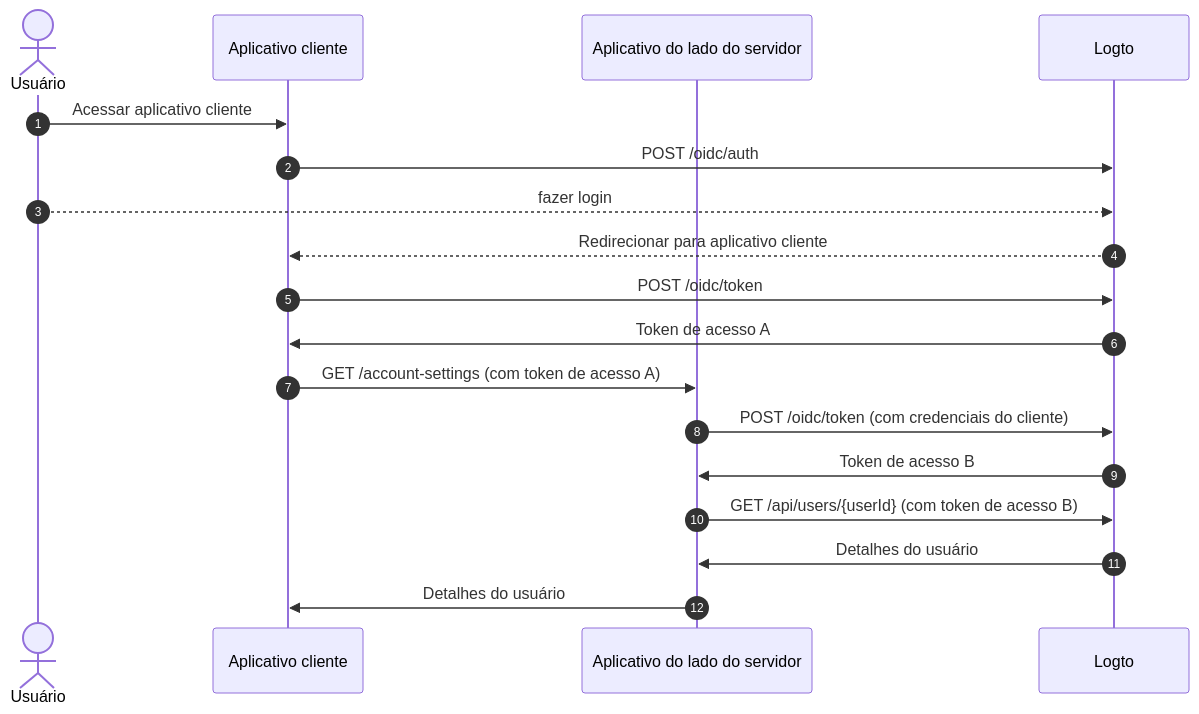
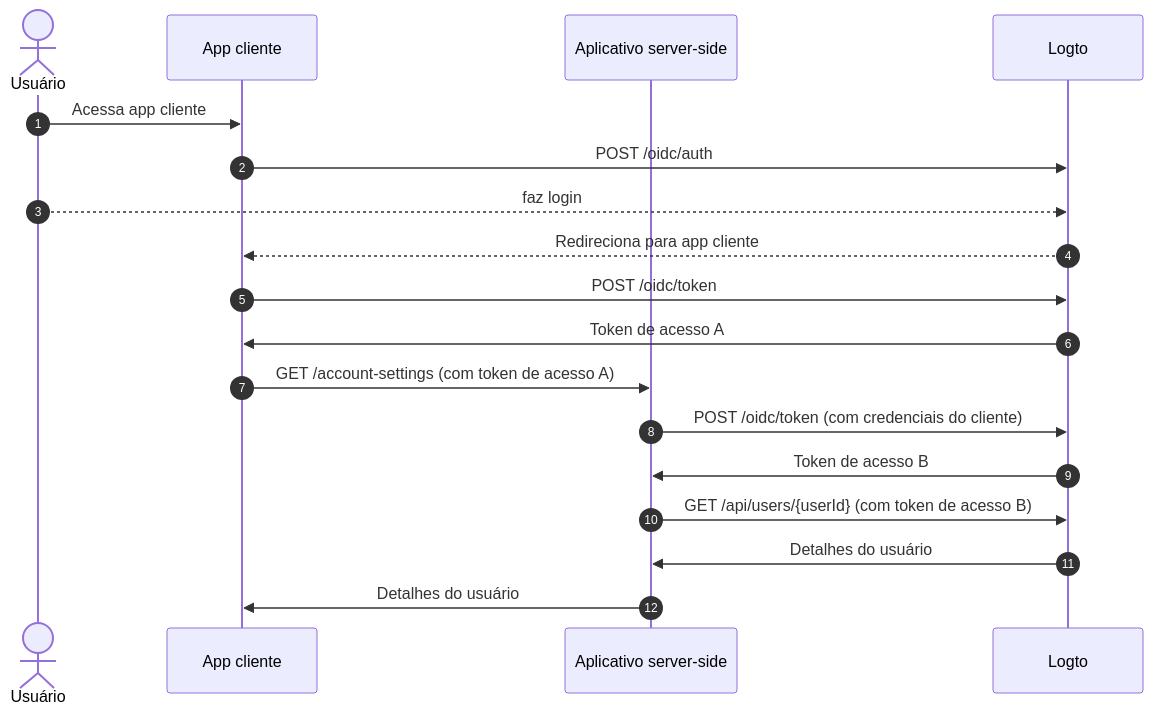
The second of 3 diagrams in i18n/pt-BR/docusaurus-plugin-content-docs/current/end-user-flows/account-settings/by-management-api.mdx (logto-io/docs), drawn with Mermaid before and after one commit. The commit also changed other lines of this file and 162 other files, not shown here.

````diff
--- a/i18n/pt-BR/docusaurus-plugin-content-docs/current/end-user-flows/account-settings/by-management-api.mdx
+++ b/i18n/pt-BR/docusaurus-plugin-content-docs/current/end-user-flows/account-settings/by-management-api.mdx
@@ -27,21 +27,21 @@
 ```mermaid
   sequenceDiagram
     autonumber
     actor User as Usuário
-    participant Client as Aplicativo cliente
-    participant Server as Aplicativo do lado do servidor
+    participant Client as App cliente
+    participant Server as Aplicativo server-side
     participant Logto as Logto
 
-    User ->> Client: Acessar aplicativo cliente
+    User ->> Client: Acessa app cliente
     Client ->> Logto: POST /oidc/auth
-    User -->> Logto: fazer login
-    Logto -->> Client: Redirecionar para aplicativo cliente
+    User -->> Logto: faz login
+    Logto -->> Client: Redireciona para app cliente
     Client ->> Logto: POST /oidc/token
     Logto ->> Client: Token de acesso A
     Client ->> Server: GET /account-settings (com token de acesso A)
     Server ->> Logto: POST /oidc/token (com credenciais do cliente)
     Logto ->> Server: Token de acesso B
     Server ->> Logto: GET /api/users/{userId} (com token de acesso B)
     Logto ->> Server: Detalhes do usuário
     Server ->> Client: Detalhes do usuário
 ```
````
